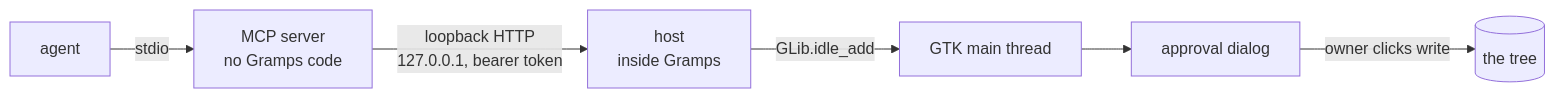
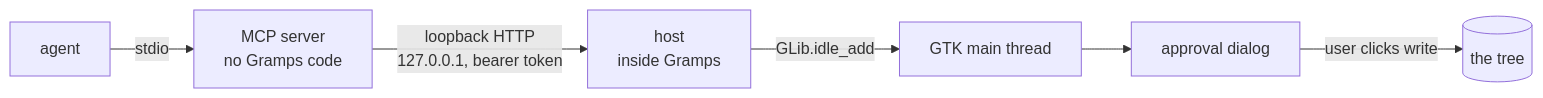
The diagram in README.md (randyjreid/gramps-live-api), drawn with Mermaid before and after one commit. The commit also changed other lines of this file, not shown here.

````diff
--- a/README.md
+++ b/README.md
@@ -76,8 +76,8 @@
 ```mermaid
 flowchart LR
     A["agent"] -->|stdio| B["MCP server<br/>no Gramps code"]
     B -->|"loopback HTTP<br/>127.0.0.1, bearer token"| C["host<br/>inside Gramps"]
     C -->|GLib.idle_add| D["GTK main thread"]
     D --> E["approval dialog"]
-    E -->|"owner clicks write"| F[("the tree")]
+    E -->|"user clicks write"| F[("the tree")]
 ```
````
